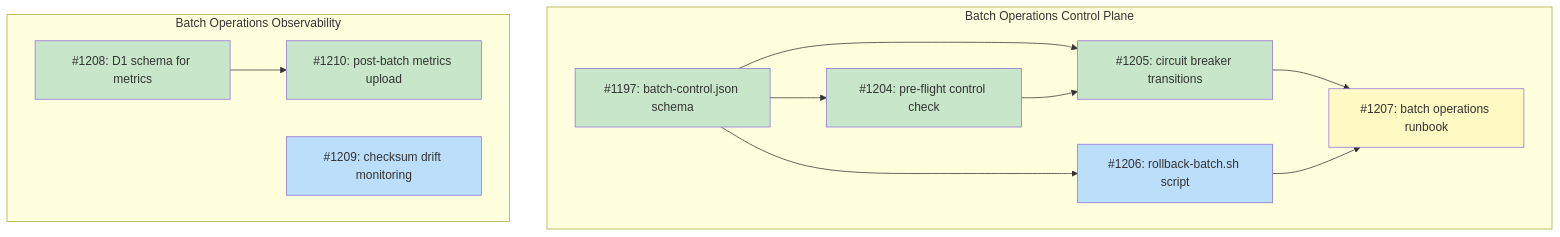
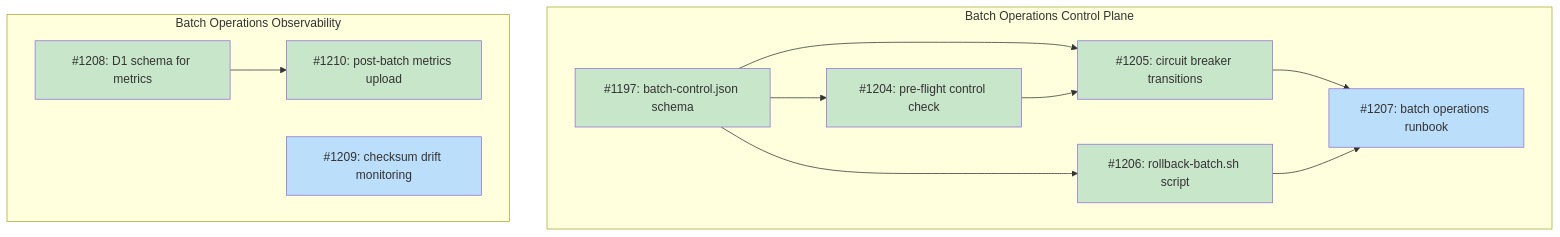
The diagram in docs/designs/DESIGN-batch-operations.md (tsukumogami/tsuku), drawn with Mermaid before and after one commit. The commit also changed other lines of this file and 1 other file, not shown here.

Commit message:
feat(ops): add rollback-batch.sh script (#1229)
Add a rollback script for batch recipe imports. When a batch introduces
problematic recipes, this script finds all commits with a matching
batch_id trailer via `git log --grep`, extracts recipe file paths, and
removes them on a dedicated rollback branch with a traceable commit.

````diff
--- a/docs/designs/DESIGN-batch-operations.md
+++ b/docs/designs/DESIGN-batch-operations.md
@@ -36,34 +36,33 @@
 ```mermaid
 graph TD
     subgraph ControlPlane["Batch Operations Control Plane"]
         I1197["#1197: batch-control.json schema"]
         I1204["#1204: pre-flight control check"]
         I1205["#1205: circuit breaker transitions"]
         I1206["#1206: rollback-batch.sh script"]
         I1207["#1207: batch operations runbook"]
     end
 
     subgraph Observability["Batch Operations Observability"]
         I1208["#1208: D1 schema for metrics"]
         I1209["#1209: checksum drift monitoring"]
         I1210["#1210: post-batch metrics upload"]
     end
 
     I1197 --> I1204
     I1197 --> I1205
     I1197 --> I1206
     I1204 --> I1205
     I1205 --> I1207
     I1206 --> I1207
     I1208 --> I1210
 
     classDef done fill:#c8e6c9
     classDef ready fill:#bbdefb
     classDef blocked fill:#fff9c4
     classDef needsDesign fill:#e1bee7
 
-    class I1197,I1204,I1205,I1208,I1210 done
+    class I1197,I1204,I1205,I1206,I1208,I1210 done
     class I1209 ready
-    class I1206 ready
-    class I1207 blocked
+    class I1207 ready
 ```
````
